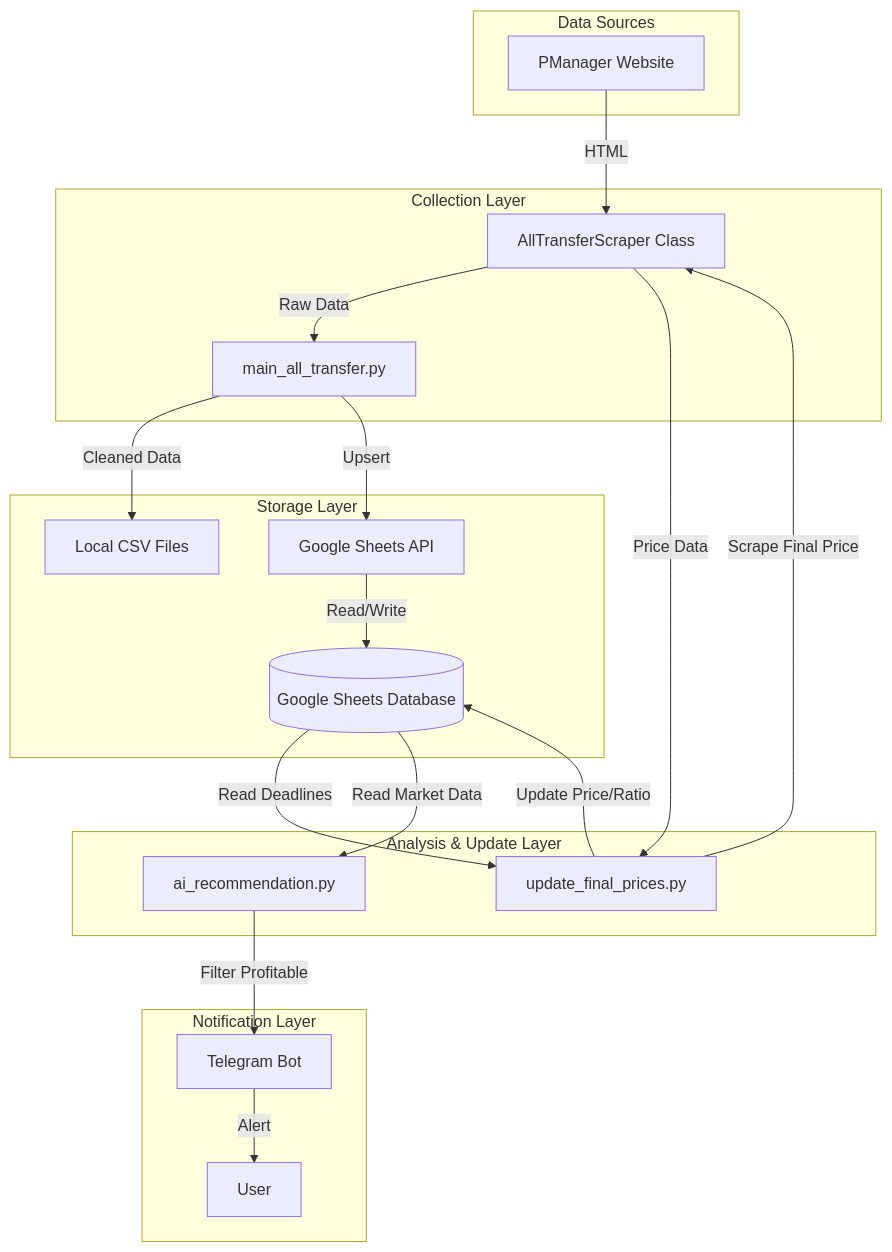
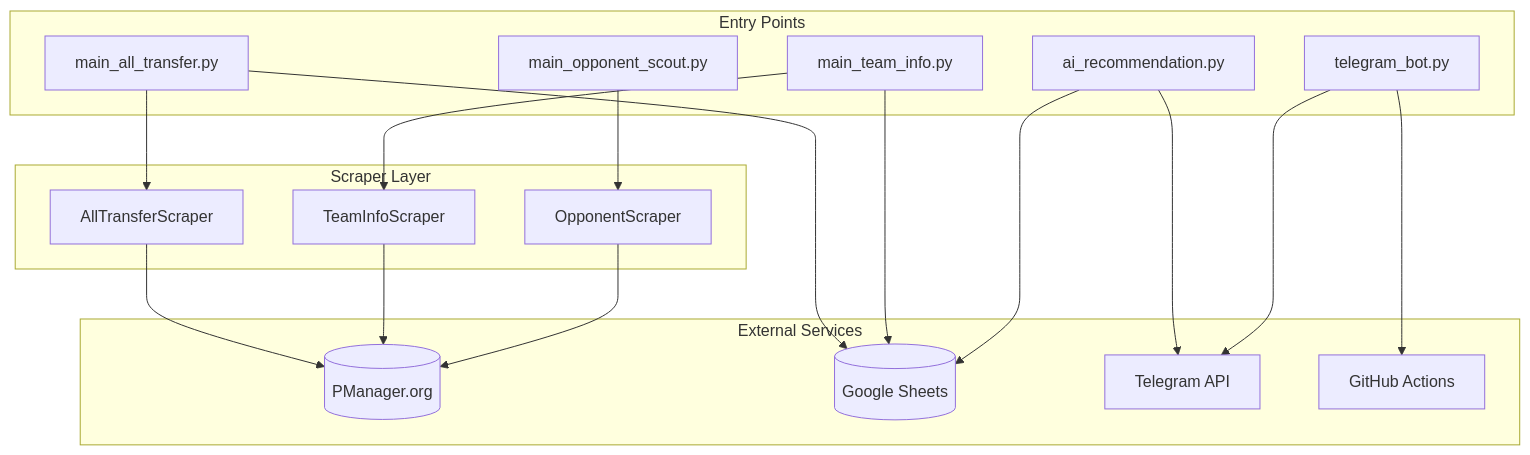
The first of 4 diagrams in docs/SDD.md (Peerapatfc/pmanager-scrape), drawn with Mermaid before and after one commit. The commit also changed other lines of this file and 4 other files, not shown here.

````diff
--- a/docs/SDD.md
+++ b/docs/SDD.md
@@ -11,43 +10,39 @@
 ```mermaid
-flowchart TB
-    subgraph Data Sources
-        PM[PManager Website]
+graph TB
+    subgraph "Entry Points"
+        A1[main_all_transfer.py]
+        A2[main_team_info.py]
+        A3[main_opponent_scout.py]
+        A4[ai_recommendation.py]
+        A5[telegram_bot.py]
     end
-
-    subgraph Collection Layer
-        MS[main_all_transfer.py]
-        TS[AllTransferScraper Class]
+    
+    subgraph "Scraper Layer"
+        B1[AllTransferScraper]
+        B2[TeamInfoScraper]
+        B3[OpponentScraper]
     end
-
-    subgraph Storage Layer
-        CSV[Local CSV Files]
-        GS[Google Sheets API]
-        DB[(Google Sheets Database)]
+    
+    subgraph "External Services"
+        C1[(PManager.org)]
+        C2[(Google Sheets)]
+        C3[Telegram API]
+        C4[GitHub Actions]
     end
-
-    subgraph Analysis & Update Layer
-        UP[update_final_prices.py]
-        AI[ai_recommendation.py]
-    end
-
-    subgraph Notification Layer
-        TG[Telegram Bot]
-        User[User]
-    end
-
-    %% Flows
-    PM -->|HTML| TS
-    TS -->|Raw Data| MS
-    MS -->|Cleaned Data| CSV
-    MS -->|Upsert| GS
-    GS -->|Read/Write| DB
     
-    DB -->|Read Deadlines| UP
-    UP -->|Scrape Final Price| TS
-    TS -->|Price Data| UP
-    UP -->|Update Price/Ratio| DB
-
-    DB -->|Read Market Data| AI
-    AI -->|Filter Profitable| TG
-    TG -->|Alert| User
+    A1 --> B1
+    A2 --> B2
+    A3 --> B3
+    
+    B1 --> C1
+    B2 --> C1
+    B3 --> C1
+    
+    A1 --> C2
+    A2 --> C2
+    A4 --> C2
+    
+    A4 --> C3
+    A5 --> C3
+    A5 --> C4
 ```
````
